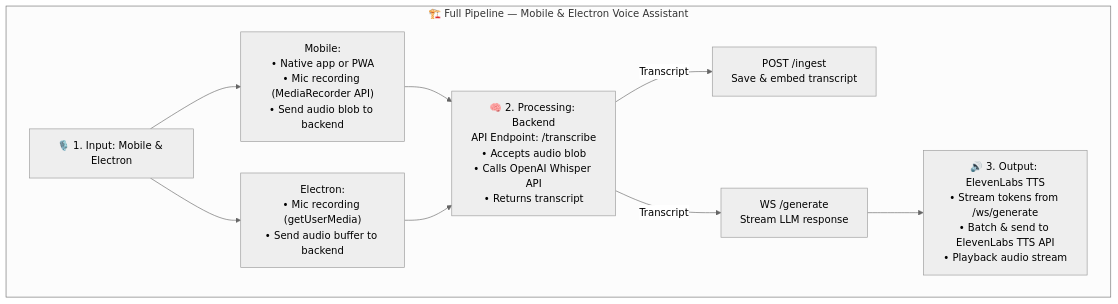
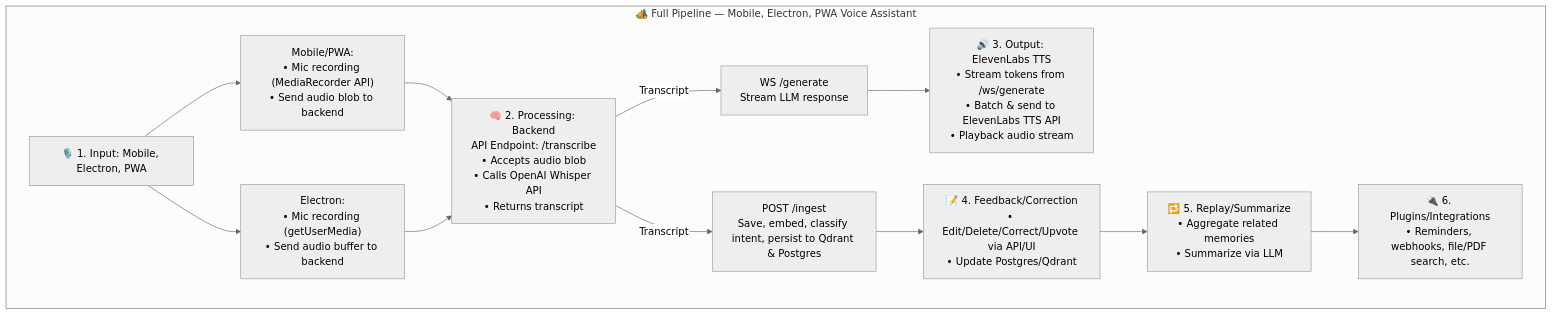
Before and after one commit to raold/second-brain: the first of 2 diagrams in docs/ARCHITECTURE.md, drawn with Mermaid (neutral theme). The commit also changed other lines of this file and 8 other files, not shown here.

````diff
--- a/docs/ARCHITECTURE.md
+++ b/docs/ARCHITECTURE.md
@@ -15,34 +21,43 @@
 ```mermaid
 flowchart TD
-    subgraph "🏗️ Full Pipeline — Mobile & Electron Voice Assistant"
-        A1["🎙️ 1. Input: Mobile & Electron"]
-        A2["Mobile:<br/>• Native app or PWA<br/>• Mic recording (MediaRecorder API)<br/>• Send audio blob to backend"]
+    subgraph "🏕️ Full Pipeline — Mobile, Electron, PWA Voice Assistant"
+        A1["🎙️ 1. Input: Mobile, Electron, PWA"]
+        A2["Mobile/PWA:<br/>• Mic recording (MediaRecorder API)<br/>• Send audio blob to backend"]
         A3["Electron:<br/>• Mic recording (getUserMedia)<br/>• Send audio buffer to backend"]
         B["🧠 2. Processing: Backend<br/>API Endpoint: /transcribe<br/>• Accepts audio blob<br/>• Calls OpenAI Whisper API<br/>• Returns transcript"]
-        C1["POST /ingest<br/>Save & embed transcript"]
+        C1["POST /ingest<br/>Save, embed, classify intent, persist to Qdrant & Postgres"]
         C2["WS /generate<br/>Stream LLM response"]
         D["🔊 3. Output: ElevenLabs TTS<br/>• Stream tokens from /ws/generate<br/>• Batch & send to ElevenLabs TTS API<br/>• Playback audio stream"]
+        E["📝 4. Feedback/Correction<br/>• Edit/Delete/Correct/Upvote via API/UI<br/>• Update Postgres/Qdrant"]
+        F["🔁 5. Replay/Summarize<br/>• Aggregate related memories<br/>• Summarize via LLM"]
+        G["🔌 6. Plugins/Integrations<br/>• Reminders, webhooks, file/PDF search, etc."]
     end
 
     %% Input
     A1 --> A2
     A1 --> A3
     A2 --> B
     A3 --> B
 
     %% Processing
     B -->|Transcript| C1
     B -->|Transcript| C2
 
     %% Output
     C2 --> D
+    C1 --> E
+    E --> F
+    F --> G
 
     %% System Components Table (as a comment for reference)
     %% Component         Role
     %% Mobile/PWA        Record mic input → send to /transcribe
     %% Electron App      Same as above for desktop
     %% /transcribe       New API endpoint → OpenAI Whisper API
-    %% /ingest           Store + embed the transcription
+    %% /ingest           Store + embed + classify intent + persist
     %% /ws/generate      Get real-time LLM responses
     %% TTS Handler       Batches tokens → ElevenLabs API → audio playback
+    %% Feedback API      Edit/delete/correct/upvote memories
+    %% Replay/Summarize  Aggregate/summarize memories
+    %% Plugins           Reminders, webhooks, file/PDF search, etc.
 ```
````
